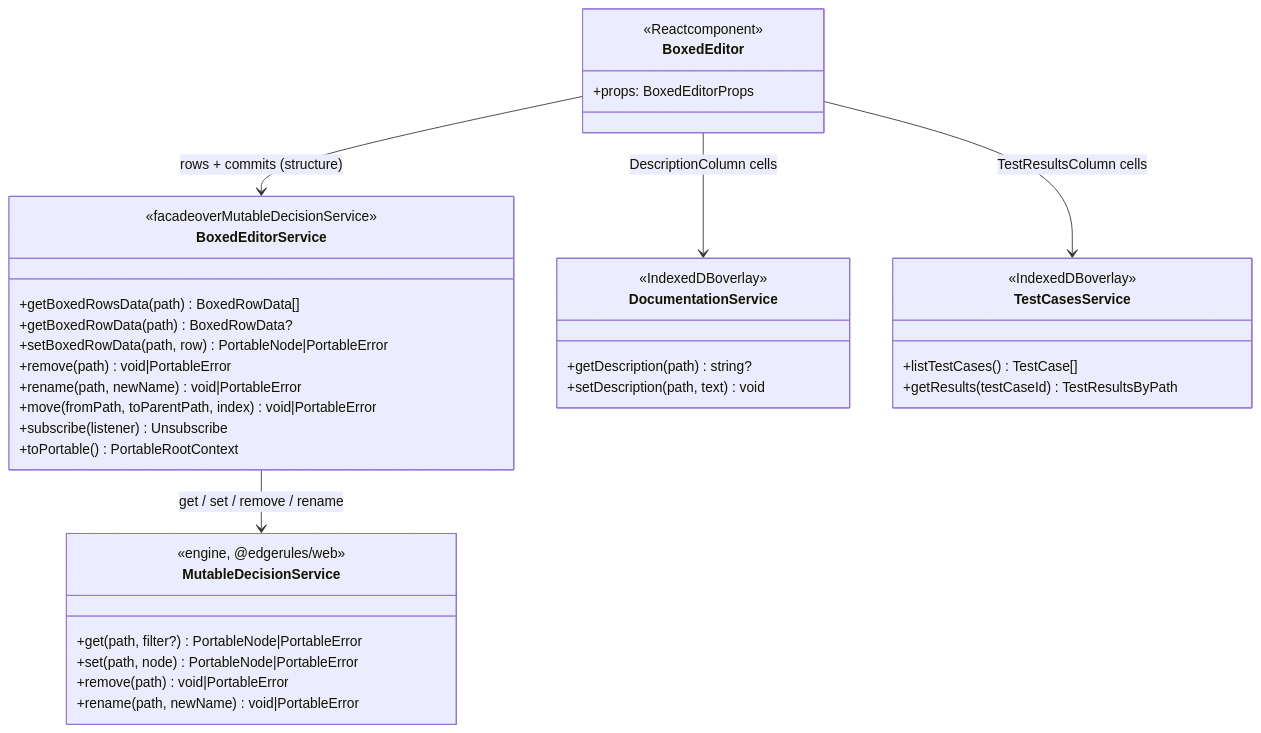
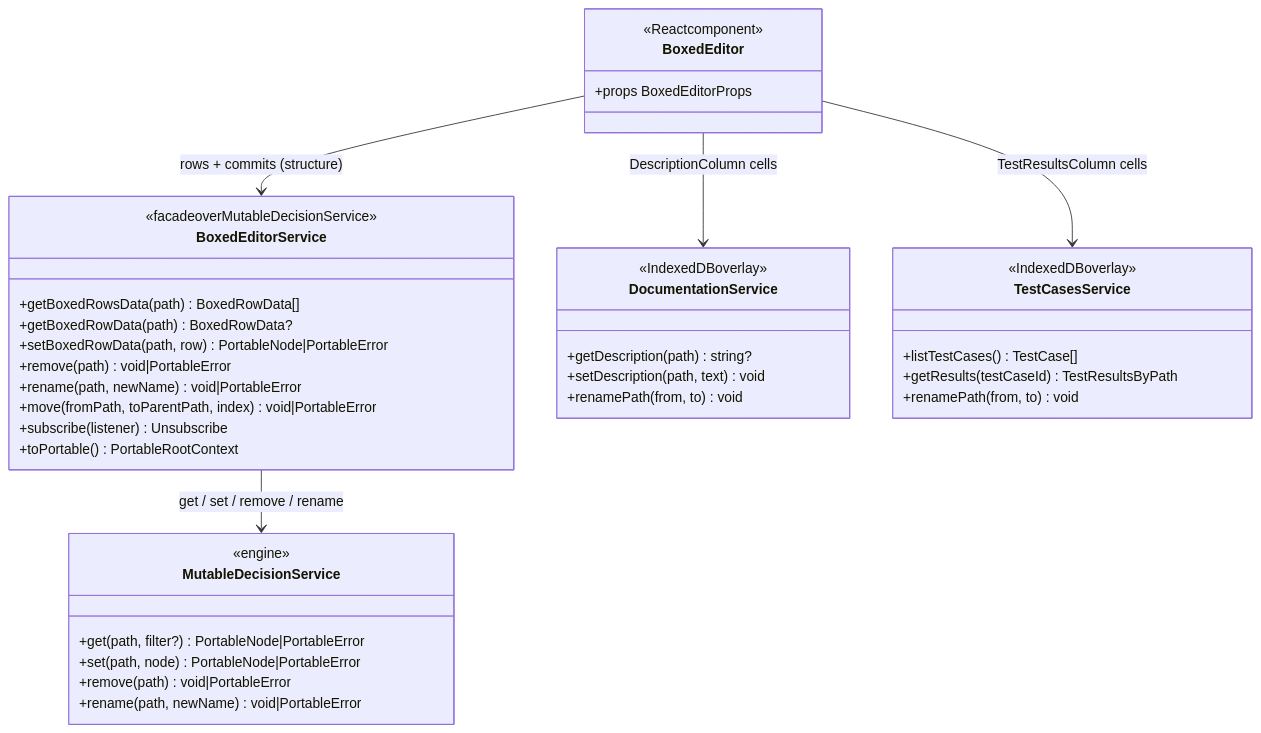
Before and after one commit to rimvydasb/edgerules-react: the first of 3 diagrams in docs/BOXED_EDITOR_NEW_SPEC.md, drawn with Mermaid. The commit also changed other lines of this file, not shown here.

````diff
--- a/docs/BOXED_EDITOR_NEW_SPEC.md
+++ b/docs/BOXED_EDITOR_NEW_SPEC.md
@@ -242,40 +280,42 @@
 ```mermaid
 classDiagram
     class BoxedEditor {
-        <<Reactcomponent>>
-        +props: BoxedEditorProps
-    }
-    class BoxedEditorService {
-        <<facadeoverMutableDecisionService>>
-        +getBoxedRowsData(path) BoxedRowData[]
-        +getBoxedRowData(path) BoxedRowData?
-        +setBoxedRowData(path, row) PortableNode|PortableError
-        +remove(path) void|PortableError
-        +rename(path, newName) void|PortableError
-        +move(fromPath, toParentPath, index) void|PortableError
-        +subscribe(listener) Unsubscribe
-        +toPortable() PortableRootContext
-    }
-    class MutableDecisionService {
-<<engine, @edgerules/web>>
+<<Reactcomponent>>
++props BoxedEditorProps
+}
+class BoxedEditorService {
+<<facadeoverMutableDecisionService>>
++getBoxedRowsData(path) BoxedRowData[]
++getBoxedRowData(path) BoxedRowData?
++setBoxedRowData(path, row) PortableNode|PortableError
++remove(path) void|PortableError
++rename(path, newName) void|PortableError
++move(fromPath, toParentPath, index) void|PortableError
++subscribe(listener) Unsubscribe
++toPortable() PortableRootContext
+}
+class MutableDecisionService {
+<<engine>>
 +get(path, filter?) PortableNode|PortableError
 +set(path, node) PortableNode|PortableError
 +remove(path) void|PortableError
 +rename(path, newName) void|PortableError
 }
 class DocumentationService {
 <<IndexedDBoverlay>>
 +getDescription(path) string?
 +setDescription(path, text) void
++renamePath(from, to) void
  }
 class TestCasesService {
 <<IndexedDBoverlay>>
 +listTestCases() TestCase[]
 +getResults(testCaseId) TestResultsByPath
++renamePath(from, to) void
 }
 
 BoxedEditor --> BoxedEditorService: rows + commits (structure)
 BoxedEditor --> DocumentationService: DescriptionColumn cells
 BoxedEditor --> TestCasesService: TestResultsColumn cells
 BoxedEditorService --> MutableDecisionService: get / set / remove / rename
 ```
````
